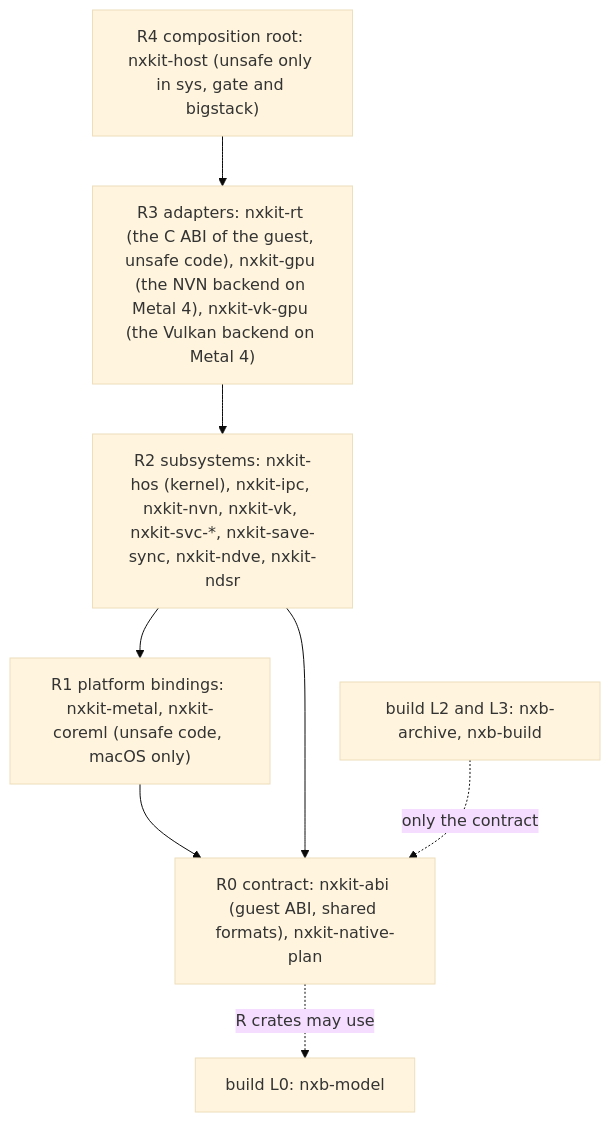
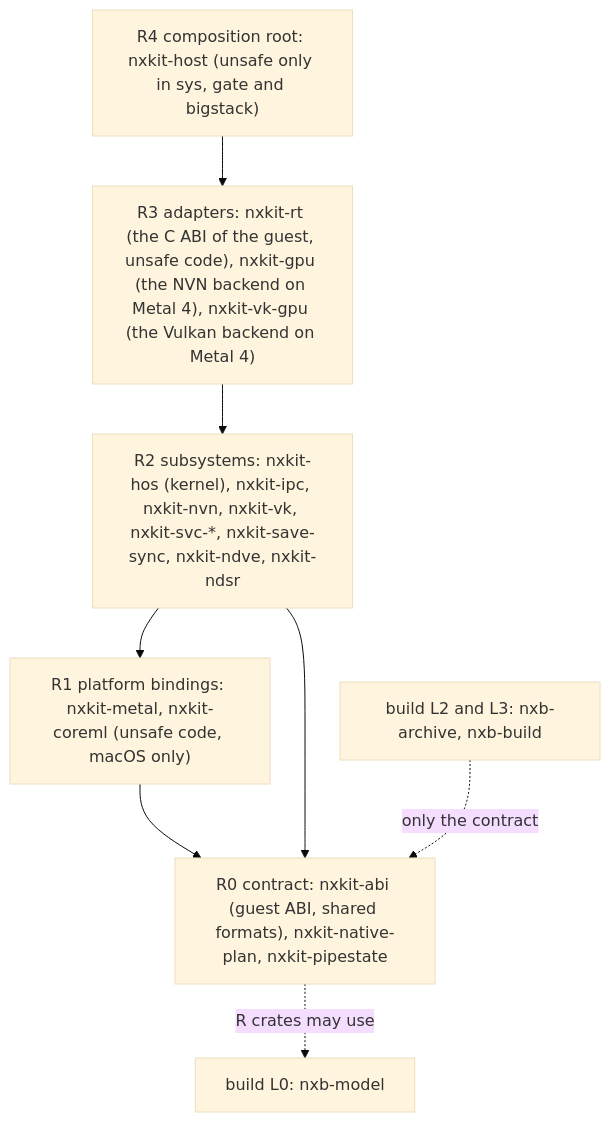
Before and after one commit to b4f8abbb24dbf56a7d0280f296e16eeb/nxkit: the second of 3 diagrams in docs/architecture.md, drawn with Mermaid (base theme). The commit also changed other lines of this file and 26 other files, not shown here.

````diff
--- a/docs/architecture.md
+++ b/docs/architecture.md
@@ -41,12 +41,12 @@
 ```mermaid
 flowchart TD
   R4["R4 composition root: nxkit-host (unsafe only in sys, gate and bigstack)"]
   R3["R3 adapters: nxkit-rt (the C ABI of the guest, unsafe code), nxkit-gpu (the NVN backend on Metal 4), nxkit-vk-gpu (the Vulkan backend on Metal 4)"]
   R2["R2 subsystems: nxkit-hos (kernel), nxkit-ipc, nxkit-nvn, nxkit-vk, nxkit-svc-*, nxkit-save-sync, nxkit-ndve, nxkit-ndsr"]
   R1["R1 platform bindings: nxkit-metal, nxkit-coreml (unsafe code, macOS only)"]
-  R0["R0 contract: nxkit-abi (guest ABI, shared formats), nxkit-native-plan"]
+  R0["R0 contract: nxkit-abi (guest ABI, shared formats), nxkit-native-plan, nxkit-pipestate"]
   R4 --> R3 --> R2 --> R1 --> R0
   R2 --> R0
   R0 -.->|R crates may use| BL0["build L0: nxb-model"]
   BL3["build L2 and L3: nxb-archive, nxb-build"] -.->|only the contract| R0
 ```
````
